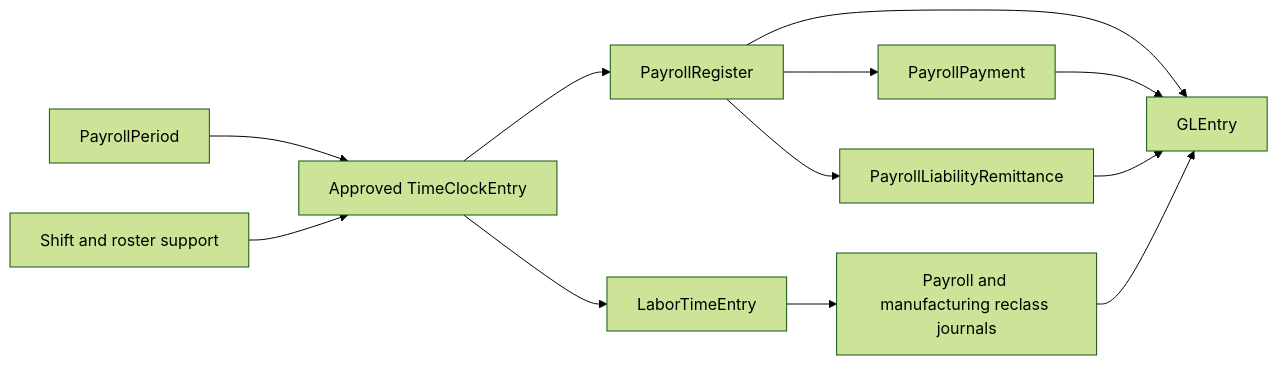
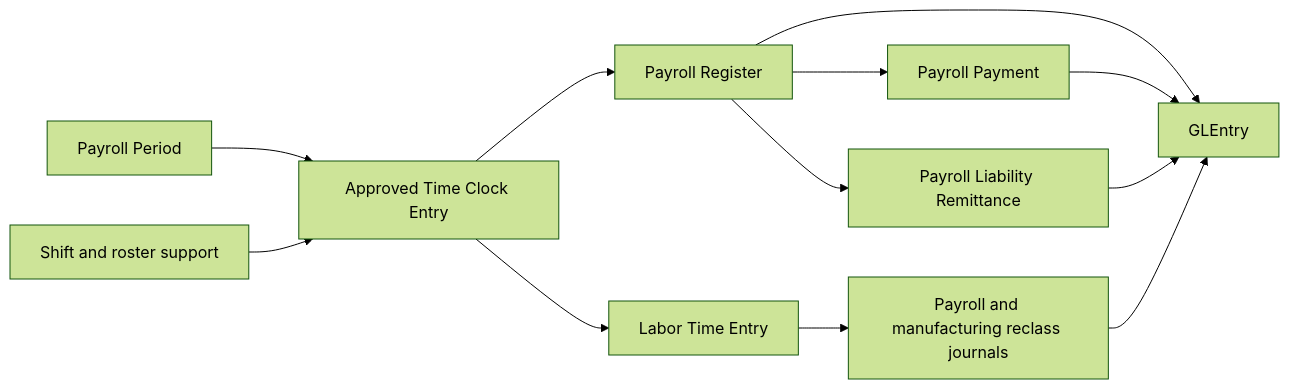
The first of 6 diagrams in docs/processes/payroll.md (mmcodesso/greenfield_database), drawn with Mermaid (forest theme) before and after one commit. The commit also changed other lines of this file and 6 other files, not shown here.

````diff
--- a/docs/processes/payroll.md
+++ b/docs/processes/payroll.md
@@ -20,22 +20,22 @@
 ```mermaid
 flowchart LR
-    PP[PayrollPeriod]
+    PP[Payroll Period]
     SHIFT[Shift and roster support]
-    TCE[Approved TimeClockEntry]
-    LTE[LaborTimeEntry]
-    PR[PayrollRegister]
-    PAY[PayrollPayment]
-    REM[PayrollLiabilityRemittance]
+    TCE[Approved Time Clock Entry]
+    LTE[Labor Time Entry]
+    PR[Payroll Register]
+    PAY[Payroll  Payment]
+    REM[Payroll Liability Remittance]
     JRN[Payroll and manufacturing reclass journals]
     GL[GLEntry]
 
     PP --> TCE
     SHIFT --> TCE --> LTE
     TCE --> PR
     PR --> PAY
     PR --> REM
     PR --> GL
     PAY --> GL
     REM --> GL
     LTE --> JRN --> GL
 ```
````
